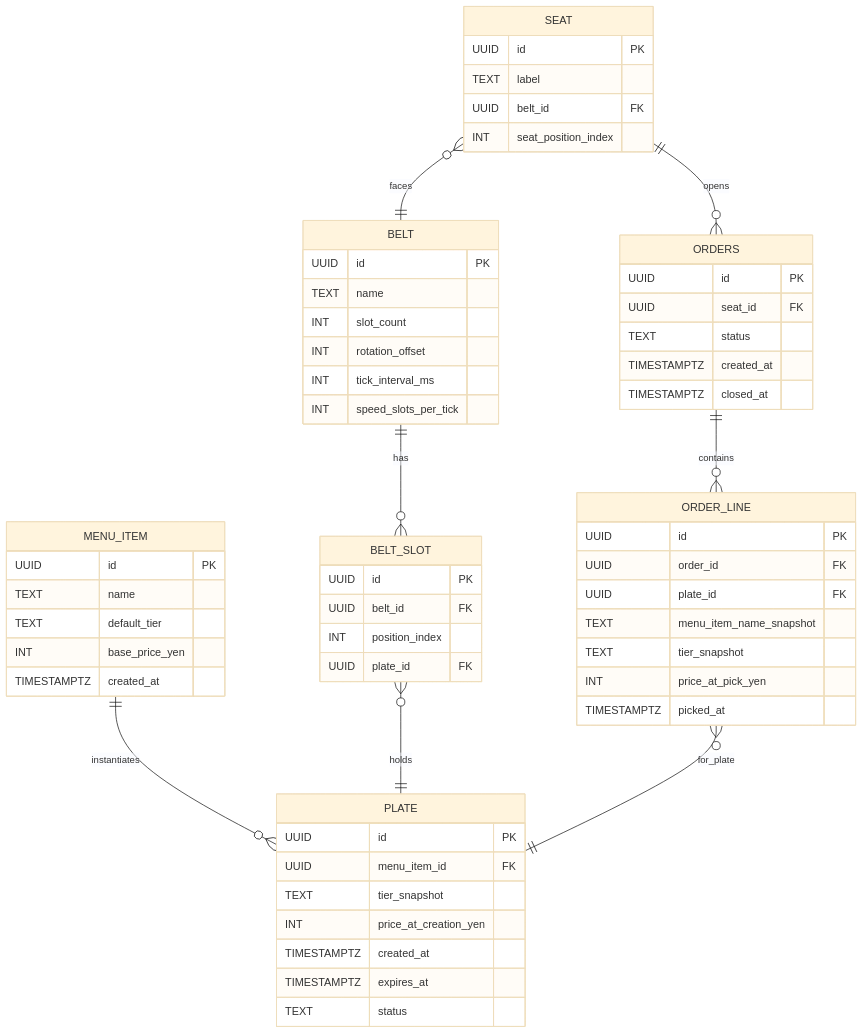
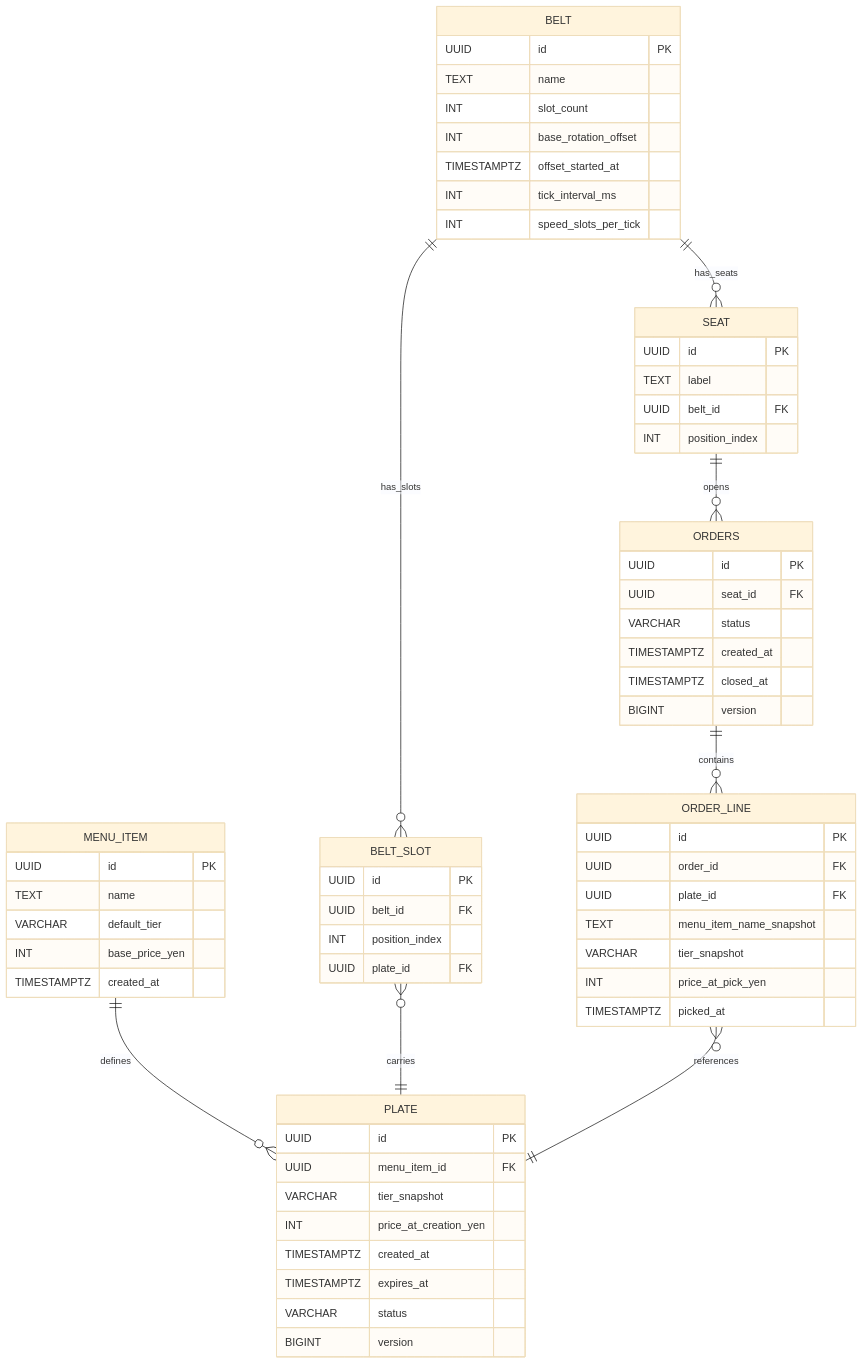
One commit to lorenzipsum/sushi-train changed the diagram in docs/domain-model.md. Above: the diagram before and after it, drawn with Mermaid (base theme). The commit also changed other lines of this file and 3 other files, not shown here.

Commit message:
docs: update architecture and domain event documentation for clarity and SSE integration

````diff
--- a/docs/domain-model.md
+++ b/docs/domain-model.md
@@ -11,74 +15,72 @@
 ```mermaid
 erDiagram
-  %% Catalog vs instance
   MENU_ITEM {
     UUID id PK
     TEXT name
-    TEXT default_tier
-    INT  base_price_yen
+    VARCHAR default_tier
+    INT base_price_yen
     TIMESTAMPTZ created_at
   }
 
   PLATE {
     UUID id PK
     UUID menu_item_id FK
-    TEXT tier_snapshot
-    INT  price_at_creation_yen
+    VARCHAR tier_snapshot
+    INT price_at_creation_yen
     TIMESTAMPTZ created_at
     TIMESTAMPTZ expires_at
-    TEXT status
+    VARCHAR status
+    BIGINT version
   }
 
-  %% Belt with rotation offset (movement modeled as state)
   BELT {
     UUID id PK
     TEXT name
-    INT  slot_count
-    INT  rotation_offset
-    INT  tick_interval_ms
-    INT  speed_slots_per_tick
+    INT slot_count
+    INT base_rotation_offset
+    TIMESTAMPTZ offset_started_at
+    INT tick_interval_ms
+    INT speed_slots_per_tick
   }
 
   BELT_SLOT {
     UUID id PK
     UUID belt_id FK
-    INT  position_index
+    INT position_index
     UUID plate_id FK
   }
 
-  %% Seat (optional spatial link)
   SEAT {
     UUID id PK
     TEXT label
     UUID belt_id FK
-    INT  seat_position_index
+    INT position_index
   }
 
-  %% Orders (rename from reserved word ORDER to ORDERS)
   ORDERS {
     UUID id PK
     UUID seat_id FK
-    TEXT status
+    VARCHAR status
     TIMESTAMPTZ created_at
     TIMESTAMPTZ closed_at
+    BIGINT version
   }
 
   ORDER_LINE {
     UUID id PK
     UUID order_id FK
     UUID plate_id FK
     TEXT menu_item_name_snapshot
-    TEXT tier_snapshot
-    INT  price_at_pick_yen
+    VARCHAR tier_snapshot
+    INT price_at_pick_yen
     TIMESTAMPTZ picked_at
   }
 
-  %% Relationships
-  MENU_ITEM ||--o{ PLATE : instantiates
-  BELT      ||--o{ BELT_SLOT : has
-  BELT_SLOT }o--|| PLATE : holds
-  SEAT      }o--|| BELT : faces
-  SEAT      ||--o{ ORDERS : opens
-  ORDERS    ||--o{ ORDER_LINE : contains
-  ORDER_LINE }o--|| PLATE : for_plate
+  MENU_ITEM ||--o{ PLATE : defines
+  BELT ||--o{ BELT_SLOT : has_slots
+  BELT_SLOT }o--|| PLATE : carries
+  BELT ||--o{ SEAT : has_seats
+  SEAT ||--o{ ORDERS : opens
+  ORDERS ||--o{ ORDER_LINE : contains
+  ORDER_LINE }o--|| PLATE : references
 ```
````
